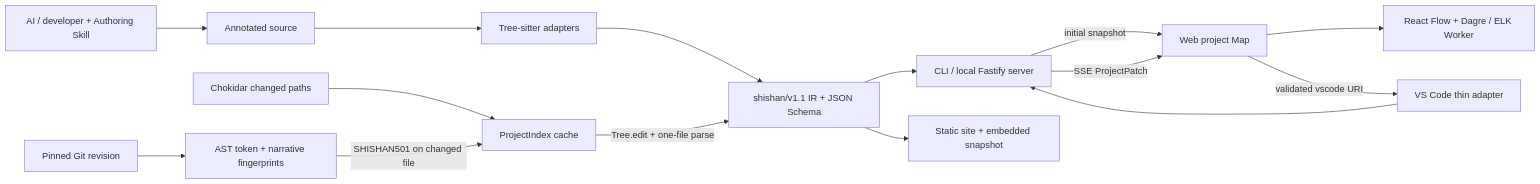
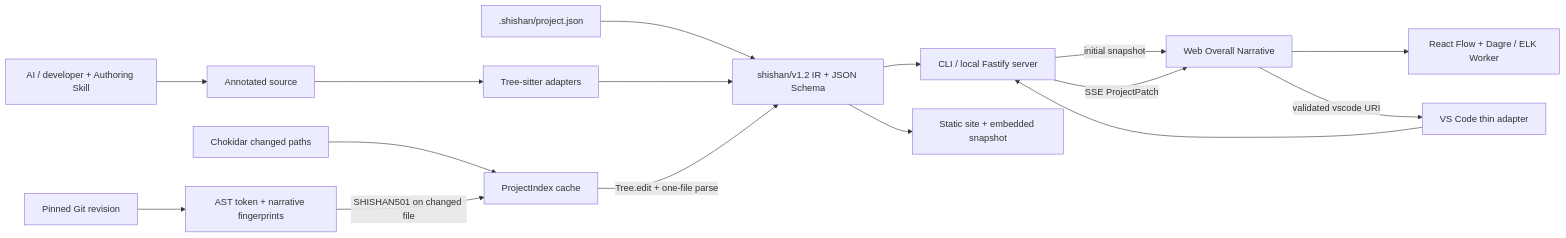
The diagram in README.md (zhyma/shishan), drawn with Mermaid before and after one commit. The commit also changed other lines of this file and 39 other files, not shown here.

Commit message:
feat: add project narrative overview and VS Code sidebar

````diff
--- a/README.md
+++ b/README.md
@@ -125,17 +141,18 @@
 ```mermaid
 flowchart LR
   A["AI / developer + Authoring Skill"] --> B["Annotated source"]
   B --> C["Tree-sitter adapters"]
-  C --> D["shishan/v1.1 IR + JSON Schema"]
+  P[".shishan/project.json"] --> D["shishan/v1.2 IR + JSON Schema"]
+  C --> D
   D --> E["CLI / local Fastify server"]
-  E -->|"initial snapshot"| F["Web project Map"]
+  E -->|"initial snapshot"| F["Web Overall Narrative"]
   G["Chokidar changed paths"] --> H["ProjectIndex cache"]
   H -->|"Tree.edit + one-file parse"| D
   E -->|"SSE ProjectPatch"| F
   F --> I["React Flow + Dagre / ELK Worker"]
   J["Pinned Git revision"] --> K["AST token + narrative fingerprints"]
   K -->|"SHISHAN501 on changed file"| H
   D --> L["Static site + embedded snapshot"]
   M["VS Code thin adapter"] --> E
   F -->|"validated vscode URI"| M
 ```
````
